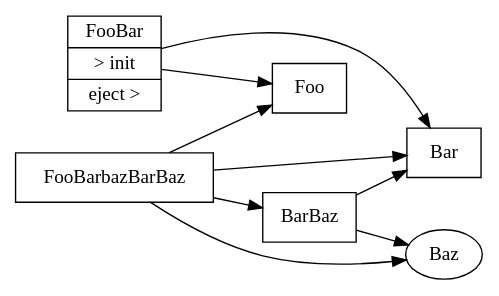
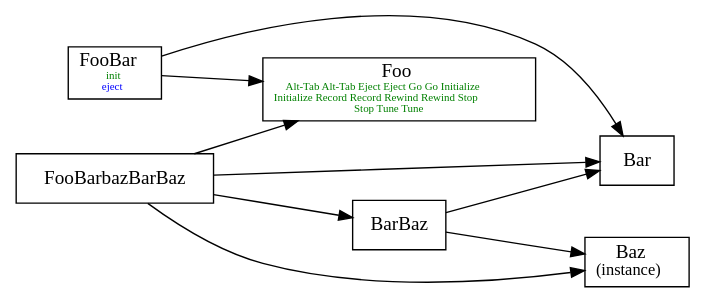
One commit to fschwiet/JsfIoc changed the diagram in lib/graphviz/simple.dot. Above: the diagram before and after it, drawn with Graphviz. The commit also changed 7 other files, not shown here.

Commit message:
dependency graphs look better

```diff
--- a/lib/graphviz/simple.dot
+++ b/lib/graphviz/simple.dot
@@ -1,7 +1,9 @@
 digraph {
-    graph [rankdir = "LR"];    Foo [ shape="record", label="Foo" ]
-    Bar [ shape="record", label="Bar" ]
-    FooBar [ shape="record", label="FooBar | \> init | eject \>" ]; FooBar -> Foo; FooBar -> Bar
-    BarBaz [ shape="record", label="BarBaz" ]; BarBaz -> Bar; BarBaz -> Baz
-    FooBarbazBarBaz [ shape="record", label="FooBarbazBarBaz" ]; FooBarbazBarBaz -> Foo; FooBarbazBarBaz -> BarBaz; FooBarbazBarBaz -> Bar; FooBarbazBarBaz -> Baz
+    graph [rankdir = "LR"];
+    Baz [ shape="record", label=<Baz <br/><font point-size="12">(instance)</font>> ]
+    Foo [ shape="record", label=<Foo<br/><font color="green" point-size="8">Alt-Tab Alt-Tab Eject Eject Go Go Initialize<br/> Initialize Record Record Rewind Rewind Stop<br/> Stop Tune Tune</font>> ]
+    Bar [ shape="record", label=<Bar> ]
+    FooBar [ shape="record", label=<FooBar<br/><font color="green" point-size="8">init</font><br/><font color="blue" point-size="8">eject</font>> ]; FooBar -> Foo; FooBar -> Bar
+    BarBaz [ shape="record", label=<BarBaz> ]; BarBaz -> Bar; BarBaz -> Baz
+    FooBarbazBarBaz [ shape="record", label=<FooBarbazBarBaz> ]; FooBarbazBarBaz -> Foo; FooBarbazBarBaz -> BarBaz; FooBarbazBarBaz -> Bar; FooBarbazBarBaz -> Baz
 }
```
